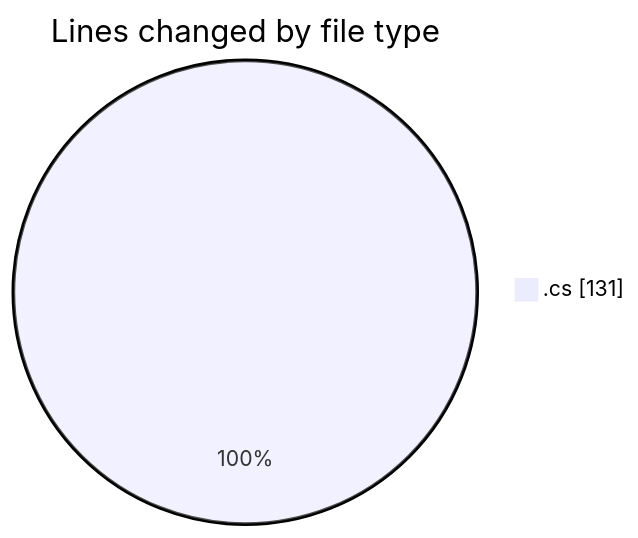
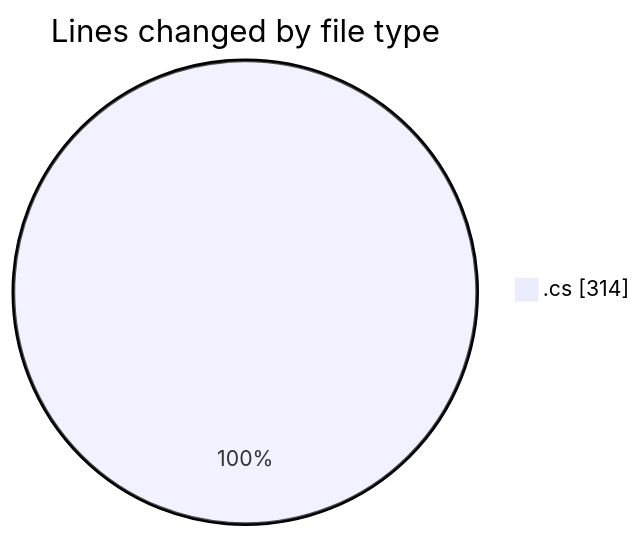
One commit to Netris89/code-tracking changed the first of 2 diagrams in 2025-03-21/back-end/README.md. Above: the diagram before and after it, drawn with Mermaid. The commit also changed other lines of this file and 1 other file, not shown here.

````diff
--- a/2025-03-21/back-end/README.md
+++ b/2025-03-21/back-end/README.md
@@ -20,5 +21,5 @@
 ```mermaid
 pie showData
 title Lines changed by file type
-".cs" : 131
+".cs" : 314
 ```
````
